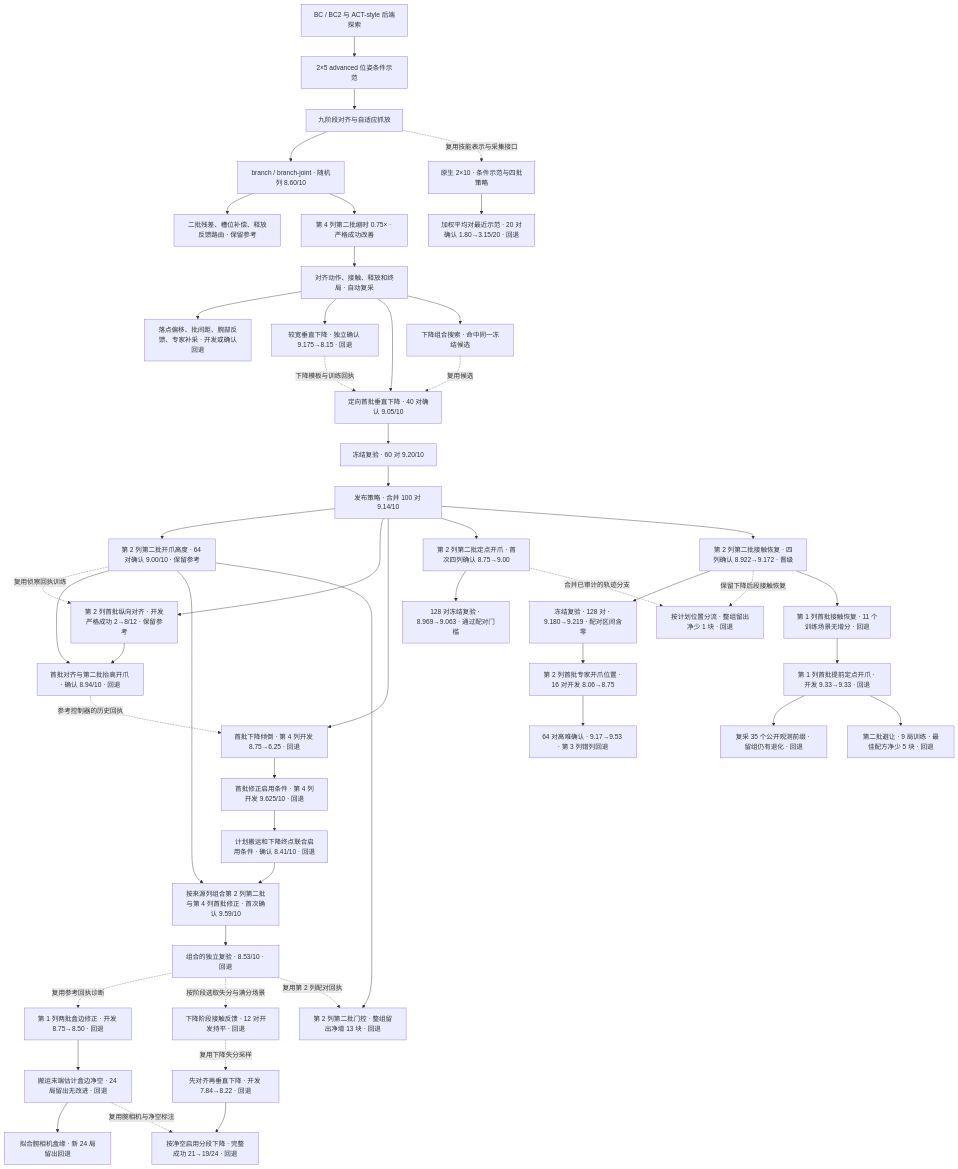
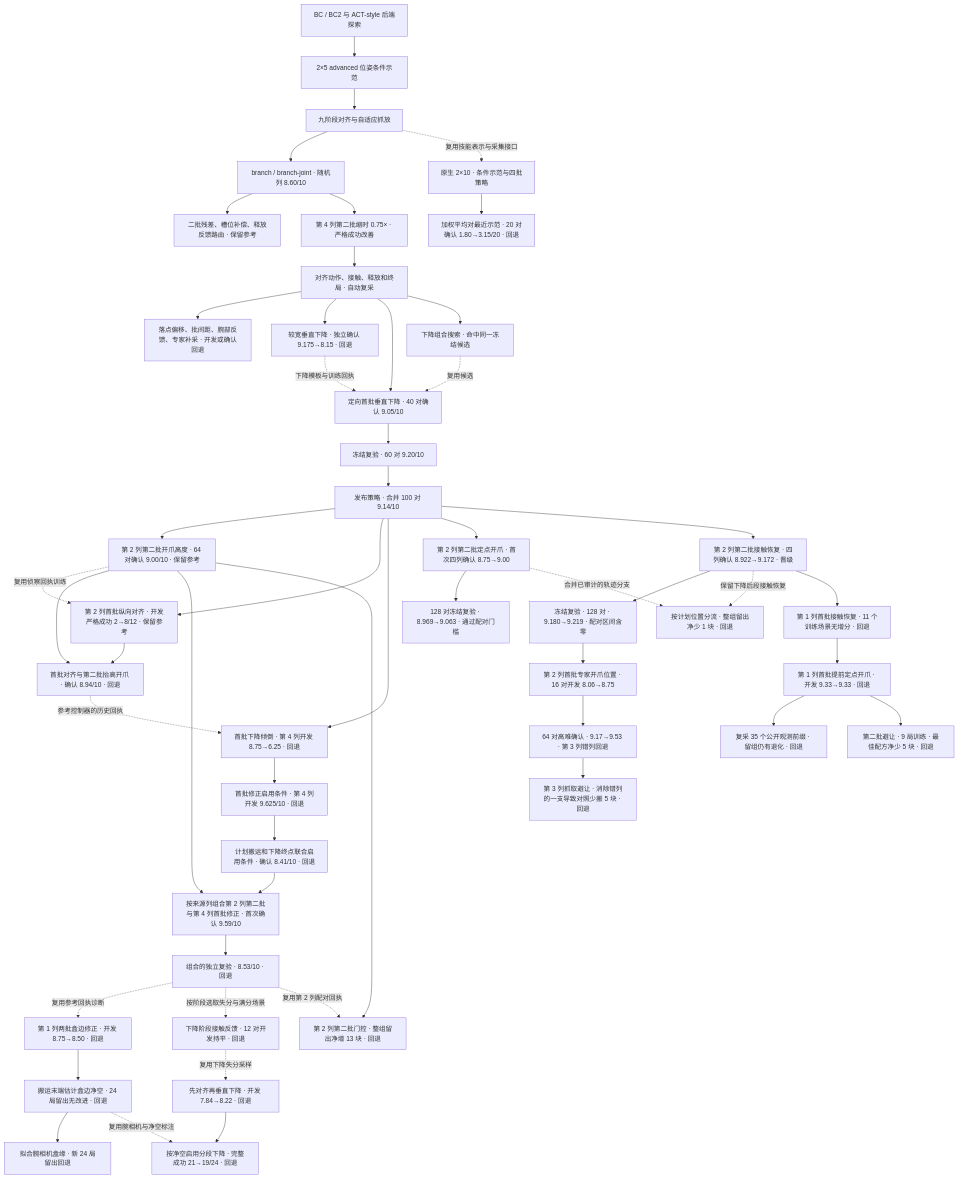
Before and after one commit to haiyouxiaji/a3-agent-optimizer: the second of 2 diagrams in docs/A3_EXPERIMENT_TREE.md, drawn with Mermaid. The commit also changed other lines of this file and 7 other files, not shown here.

````diff
--- a/docs/A3_EXPERIMENT_TREE.md
+++ b/docs/A3_EXPERIMENT_TREE.md
@@ -19,52 +19,53 @@
 ```mermaid
 flowchart TD
     BC["BC / BC2 与 ACT-style 后端探索"] --> ADV["2×5 advanced 位姿条件示范"]
     ADV --> PH["九阶段对齐与自适应抓放"]
     PH --> BJ["branch / branch-joint · 随机列 8.60/10"]
     BJ --> REL["二批残差、槽位补偿、释放反馈路由 · 保留参考"]
     BJ --> TIM["第 4 列第二批缩时 0.75× · 严格成功改善"]
     TIM --> DIAG["对齐动作、接触、释放和终局 · 自动复采"]
     DIAG --> OFF["落点偏移、批间距、腕部反馈、专家补采 · 开发或确认回退"]
     DIAG --> WIDE["较宽垂直下降 · 独立确认 9.175→8.15 · 回退"]
     DIAG --> FOCUS["定向首批垂直下降 · 40 对确认 9.05/10"]
     WIDE -.->|下降模板与训练回执| FOCUS
     DIAG --> DUP["下降组合搜索 · 命中同一冻结候选"]
     DUP -.->|复用候选| FOCUS
     FOCUS --> REP["冻结复验 · 60 对 9.20/10"]
     REP --> BEST["发布策略 · 合并 100 对 9.14/10"]
     BEST --> HOVER["第 2 列第二批开爪高度 · 64 对确认 9.00/10 · 保留参考"]
     BEST --> ROW["第 2 列首批纵向对齐 · 开发严格成功 2→8/12 · 保留参考"]
     HOVER -.->|复用侦察回执训练| ROW
     HOVER --> COMPOSE["首批对齐与第二批抬高开爪 · 确认 8.94/10 · 回退"]
     ROW --> COMPOSE
     BEST --> FIRSTHOVER["首批下降倾倒 · 第 4 列开发 8.75→6.25 · 回退"]
     COMPOSE -.->|参考控制器的历史回执| FIRSTHOVER
     FIRSTHOVER --> GUARD["首批修正启用条件 · 第 4 列开发 9.625/10 · 回退"]
     GUARD --> PROJECT["计划搬运和下降终点联合启用条件 · 确认 8.41/10 · 回退"]
     PROJECT --> ROUTED["按来源列组合第 2 列第二批与第 4 列首批修正 · 首次确认 9.59/10"]
     HOVER --> ROUTED
     ROUTED --> ROUTEDREP["组合的独立复验 · 8.53/10 · 回退"]
     ROUTEDREP -.->|复用参考回执诊断| WALL["第 1 列两批盒边修正 · 开发 8.75→8.50 · 回退"]
     WALL --> SENSE["搬运末端估计盒边净空 · 24 局留出无改进 · 回退"]
     SENSE --> EDGES["拟合腕相机盒缘 · 新 24 局留出回退"]
     ROUTEDREP -.->|按阶段选取失分与满分场景| FORCE["下降阶段接触反馈 · 12 对开发持平 · 回退"]
     HOVER --> LATE["第 2 列第二批门控 · 整组留出净增 13 块 · 回退"]
     ROUTEDREP -.->|复用第 2 列配对回执| LATE
     FORCE -.->|复用下降失分采样| STAGED["先对齐再垂直下降 · 开发 7.84→8.22 · 回退"]
     STAGED --> STAGEDGATE["按净空启用分段下降 · 完整成功 21→19/24 · 回退"]
     SENSE -.->|复用腕相机与净空标注| STAGEDGATE
     BEST --> HOLD["第 2 列第二批定点开爪 · 首次四列确认 8.75→9.00"]
     HOLD --> HOLDREP["128 对冻结复验 · 8.969→9.063 · 通过配对门槛"]
     BEST --> RECOVERY["第 2 列第二批接触恢复 · 四列确认 8.922→9.172 · 晋级"]
     RECOVERY --> RECOVERYREP["冻结复验 · 128 对 · 9.180→9.219 · 配对区间含零"]
     HOLD -.->|合并已审计的轨迹分支| RELEASEGATE["按计划位置分流 · 整组留出净少 1 块 · 回退"]
     RECOVERY -.->|保留下降后段接触恢复| RELEASEGATE
     RECOVERY --> FIRSTREC["第 1 列首批接触恢复 · 11 个训练场景无增分 · 回退"]
     FIRSTREC --> EARLY["第 1 列首批提前定点开爪 · 开发 9.33→9.33 · 回退"]
     EARLY --> FIRSTGATE["复采 35 个公开观测前缀 · 留组仍有退化 · 回退"]
     EARLY --> INTERBATCH["第二批避让 · 9 局训练 · 最佳配方净少 5 块 · 回退"]
     RECOVERYREP --> EXPERTLAND["第 2 列首批专家开爪位置 · 16 对开发 8.06→8.75"]
     EXPERTLAND --> EXPERTCONF["64 对高难确认 · 9.17→9.53 · 第 3 列错列回退"]
+    EXPERTCONF --> SOURCEGUARD["第 3 列抓取避让 · 消除错列的一支导致对照少搬 5 块 · 回退"]
     PH -.->|复用技能表示与采集接口| TEN["原生 2×10 · 条件示范与四批策略"]
     TEN --> TR["加权平均对最近示范 · 20 对确认 1.80→3.15/20 · 回退"]
 ```
````
